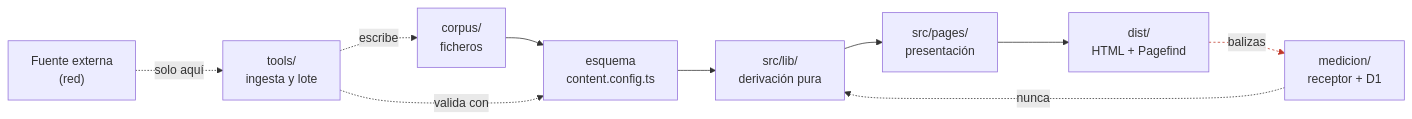
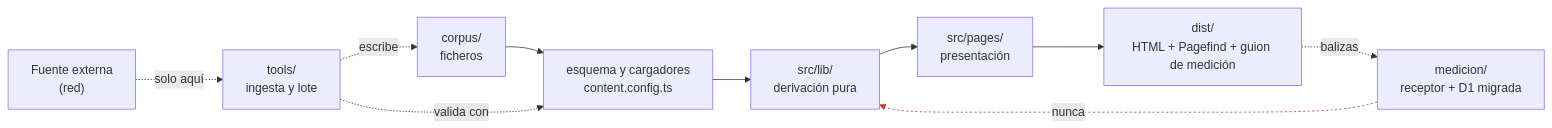
Before and after one commit to HectorGlez4/hectorglez4.github.io: the first of 3 diagrams in _bmad-output/planning-artifacts/architecture/architecture-brainlySabiduria-2026-08-10/ARCHITECTURE-SPINE.md, drawn with Mermaid. The commit also changed other lines of this file and 8 other files, not shown here.

````diff
--- a/_bmad-output/planning-artifacts/architecture/architecture-brainlySabiduria-2026-08-10/ARCHITECTURE-SPINE.md
+++ b/_bmad-output/planning-artifacts/architecture/architecture-brainlySabiduria-2026-08-10/ARCHITECTURE-SPINE.md
@@ -43,13 +47,13 @@
 ```mermaid
 graph LR
-  A["corpus/<br/>ficheros"] --> B["esquema<br/>content.config.ts"]
+  A["corpus/<br/>ficheros"] --> B["esquema y cargadores<br/>content.config.ts"]
   B --> C["src/lib/<br/>derivación pura"]
   C --> D["src/pages/<br/>presentación"]
-  D --> E["dist/<br/>HTML + Pagefind"]
+  D --> E["dist/<br/>HTML + Pagefind + guion de medición"]
   F["tools/<br/>ingesta y lote"] -.escribe.-> A
   F -.valida con.-> B
-  E -.balizas.-> G["medicion/<br/>receptor + D1"]
+  E -.balizas.-> G["medicion/<br/>receptor + D1 migrada"]
   G -.->|"nunca"| C
   H["Fuente externa<br/>(red)"] -.->|"solo aquí"| F
-  linkStyle 6 stroke:#c0392b,stroke-dasharray:3
+  linkStyle 7 stroke:#c0392b,stroke-dasharray:3
 ```
````
